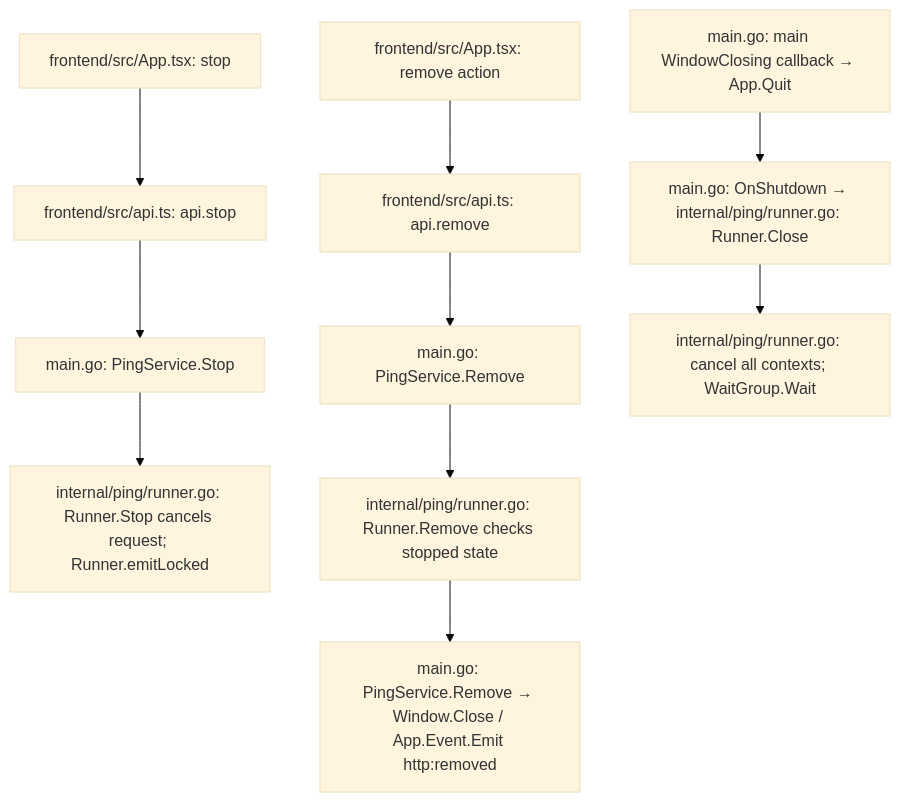
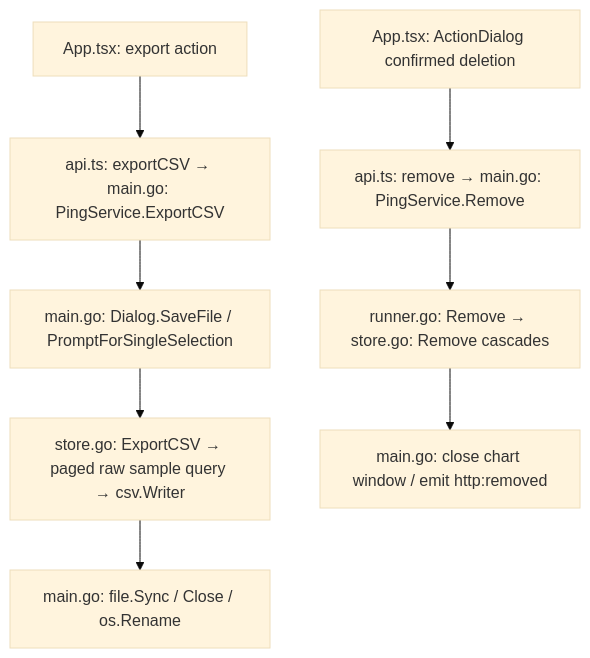
Before and after one commit to djian01/nt_gui: the third of 4 diagrams in docs/api_reference/http-wails-prototype.md, drawn with Mermaid (base theme). The commit also changed other lines of this file and 19 other files, not shown here.

Commit message:
Persist HTTP tests and add saved timeline workflows

````diff
--- a/docs/api_reference/http-wails-prototype.md
+++ b/docs/api_reference/http-wails-prototype.md
@@ -72,12 +71,10 @@
 ```mermaid
 flowchart TD
-    A["frontend/src/App.tsx: stop"] --> B["frontend/src/api.ts: api.stop"]
-    B --> C["main.go: PingService.Stop"]
-    C --> D["internal/ping/runner.go: Runner.Stop cancels request; Runner.emitLocked"]
-    E["frontend/src/App.tsx: remove action"] --> F["frontend/src/api.ts: api.remove"]
-    F --> G["main.go: PingService.Remove"]
-    G --> H["internal/ping/runner.go: Runner.Remove checks stopped state"]
-    H --> I["main.go: PingService.Remove → Window.Close / App.Event.Emit http:removed"]
-    J["main.go: main WindowClosing callback → App.Quit"] --> K["main.go: OnShutdown → internal/ping/runner.go: Runner.Close"]
-    K --> L["internal/ping/runner.go: cancel all contexts; WaitGroup.Wait"]
+    A["App.tsx: export action"] --> B["api.ts: exportCSV → main.go: PingService.ExportCSV"]
+    B --> C["main.go: Dialog.SaveFile / PromptForSingleSelection"]
+    C --> D["store.go: ExportCSV → paged raw sample query → csv.Writer"]
+    D --> E["main.go: file.Sync / Close / os.Rename"]
+    F["App.tsx: ActionDialog confirmed deletion"] --> G["api.ts: remove → main.go: PingService.Remove"]
+    G --> H["runner.go: Remove → store.go: Remove cascades"]
+    H --> I["main.go: close chart window / emit http:removed"]
 ```
````
